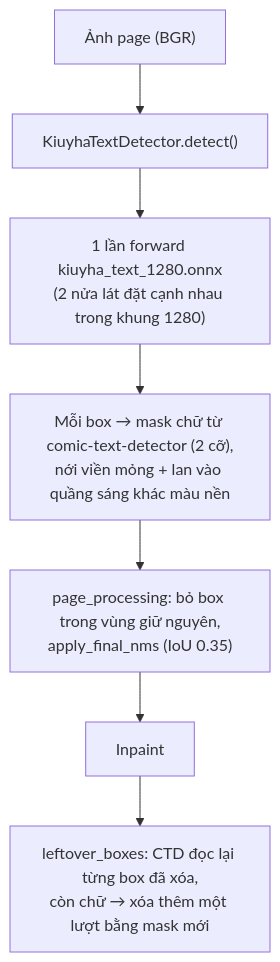
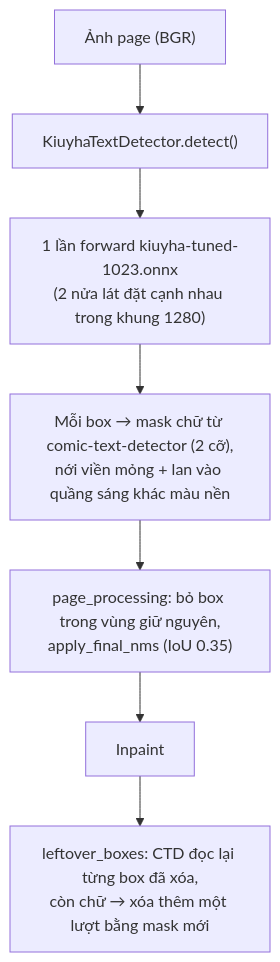
Before and after one commit to tuantran00541-spec/manga-translator: the sixth of 12 diagrams in docs/ARCHITECTURE.md, drawn with Mermaid. The commit also changed 18 other files, not shown here.

Commit message:
Models: replace the Kiuyha detector with the nano top-2 soup as kiuyha-tuned-1023.onnx

````diff
--- a/docs/ARCHITECTURE.md
+++ b/docs/ARCHITECTURE.md
@@ -177,9 +177,9 @@
 ```mermaid
 flowchart TD
     A["Ảnh page (BGR)"] --> B["KiuyhaTextDetector.detect()"]
-    B --> C["1 lần forward kiuyha_text_1280.onnx<br/>(2 nửa lát đặt cạnh nhau trong khung 1280)"]
+    B --> C["1 lần forward kiuyha-tuned-1023.onnx<br/>(2 nửa lát đặt cạnh nhau trong khung 1280)"]
     C --> D["Mỗi box → mask chữ từ comic-text-detector (2 cỡ),<br/>nới viền mỏng + lan vào quầng sáng khác màu nền"]
     D --> E["page_processing: bỏ box trong vùng giữ nguyên,<br/>apply_final_nms (IoU 0.35)"]
     E --> F["Inpaint"]
     F --> G["leftover_boxes: CTD đọc lại từng box đã xóa,<br/>còn chữ → xóa thêm một lượt bằng mask mới"]
 ```
````
